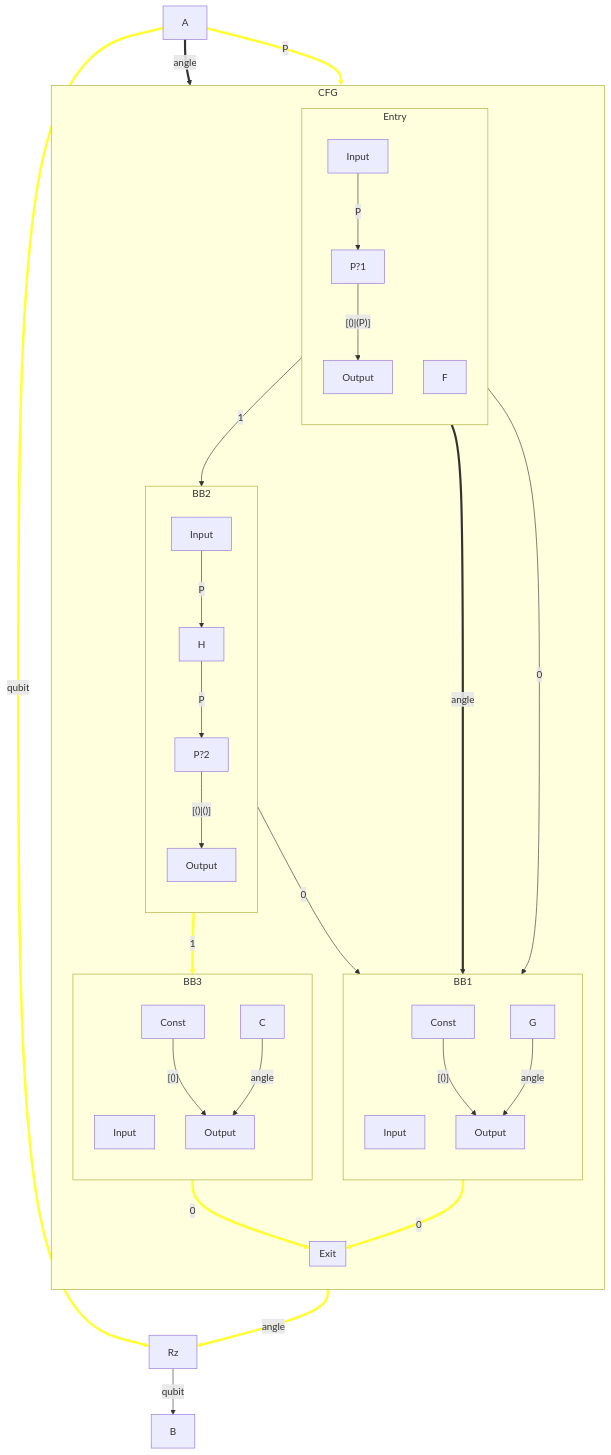
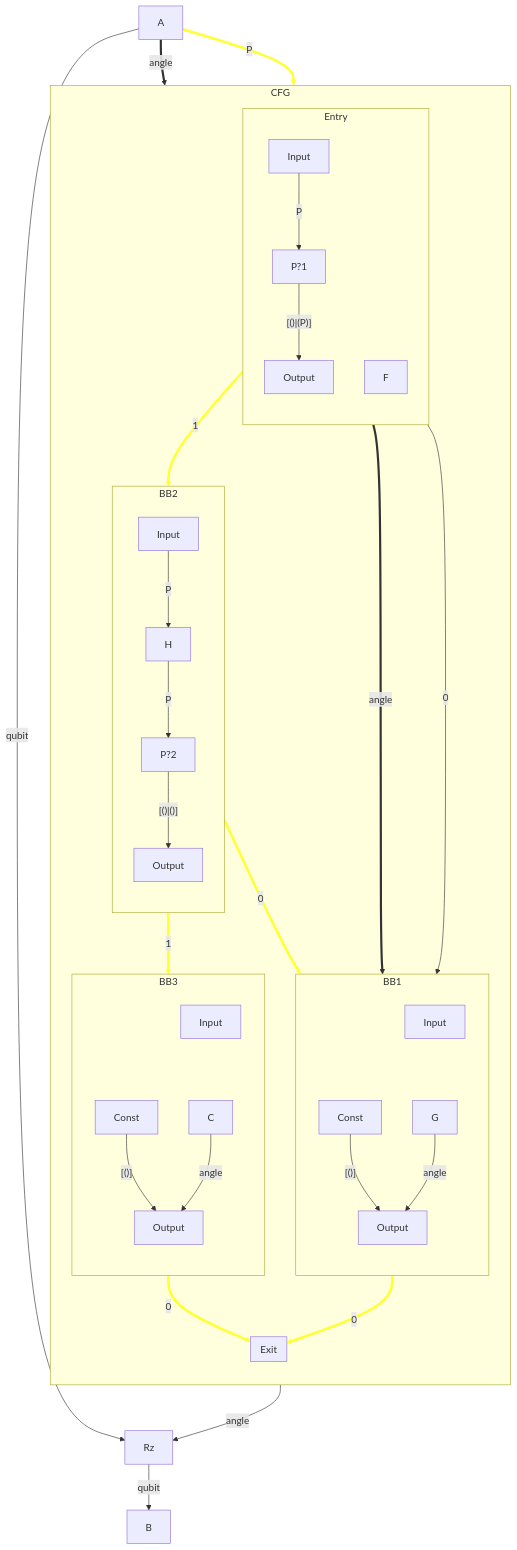
One commit to CQCL/hugr changed the sixth of 6 diagrams in specification/hugr.md. Above: the diagram before and after it, drawn with Mermaid.

Commit message:
chore(spec): Clean up non-local edges CFG example

````diff
--- a/specification/hugr.md
+++ b/specification/hugr.md
@@ -661,44 +661,46 @@
 ```mermaid
 flowchart
     subgraph CFG
         direction TB
         subgraph Entry
             direction TB
             EntryIn["Input"] -- "P" --> Entry_["P?1"]
             Entry_ -- "[()|(P)]" --> EntryOut["Output"]
             F
         end
         subgraph BB1
             direction TB
             BB1In["Input"]
             BB1_["Const"] -- "[()]" --> BB1Out["Output"]
             G -- "angle" --> BB1Out
+            BB1In ~~~ G
         end
         subgraph BB2
             direction TB
             BB2In["Input"] -- "P" --> H -- "P" --> BB2_["P?2"]
             BB2_ -- "[()|()]" --> BB2Out["Output"]
         end
         subgraph BB3
             direction TB
             BB3In["Input"]
             BB3_["Const"] -- "[()]" --> BB3Out["Output"]
             C -- "angle" --> BB3Out
+            BB3In ~~~ C
         end
         subgraph Exit
         end
         Entry -- "0" --> BB1
         Entry -- "1" --> BB2
         BB2 -- "0" --> BB1
         BB2 -- "1" --> BB3
         BB1 -- "0" --> Exit
         BB3 -- "0" --> Exit
     end
     A -- "P" --> CFG
     A -- "qubit" --> Rz_out["Rz"]
     CFG -- "angle" --> Rz_out
     Rz_out -- "qubit" --> B
     A == "angle" ==> F
     F == "angle" ==> G
     linkStyle 12,13,14,15,16,17 stroke:#ff3,stroke-width:4px;
 ```
````
